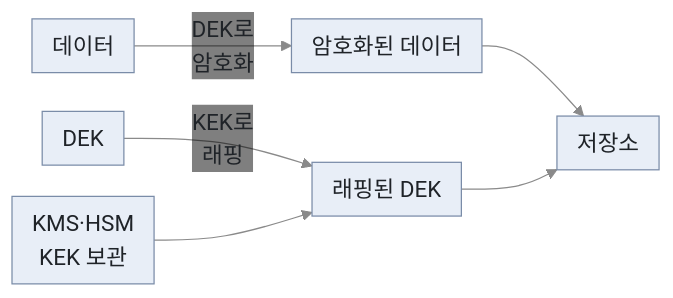
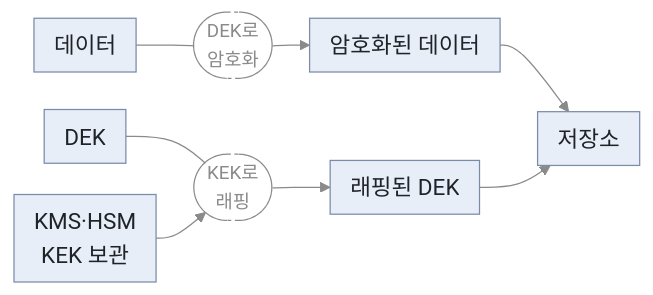
One commit to secututor/security-knowledge-base changed the second of 4 diagrams in security-fundamentals/cryptography/key-management.md. Above: the diagram before and after it, drawn with Mermaid. The commit also changed other lines of this file and 27 other files, not shown here.

Commit message:
docs: Mermaid 설명형 화살표 라벨을 보조 노드로 분리, 짧은 라벨 상자 복원

````diff
--- a/security-fundamentals/cryptography/key-management.md
+++ b/security-fundamentals/cryptography/key-management.md
@@ -80,9 +80,11 @@
 ```mermaid
-%%{init: {"theme": "base", "themeVariables": {"fontSize": "18px", "primaryColor": "#e8eef7", "primaryTextColor": "#1f2328", "primaryBorderColor": "#7a8ca8", "secondaryColor": "#eef1f5", "tertiaryColor": "#f5f7fa", "lineColor": "#8a8a8a", "edgeLabelBackground": "transparent", "textColor": "#8a8a8a", "transitionLabelColor": "#8a8a8a", "clusterBkg": "#f5f7fa", "clusterBorder": "#7a8ca8", "actorBkg": "#e8eef7", "actorBorder": "#7a8ca8", "actorTextColor": "#1f2328", "actorLineColor": "#8a8a8a", "signalColor": "#8a8a8a", "signalTextColor": "#8a8a8a", "noteBkgColor": "#fff8dc", "noteTextColor": "#1f2328", "noteBorderColor": "#c9b458"}, "flowchart": {"nodeSpacing": 25, "rankSpacing": 60, "padding": 8}, "sequence": {"width": 110, "height": 40, "boxMargin": 6, "noteMargin": 6, "actorMargin": 40}}}%%
+%%{init: {"theme": "base", "themeVariables": {"fontSize": "18px", "primaryColor": "#e8eef7", "primaryTextColor": "#1f2328", "primaryBorderColor": "#7a8ca8", "secondaryColor": "#eef1f5", "tertiaryColor": "#f5f7fa", "lineColor": "#8a8a8a", "edgeLabelBackground": "#eef1f5", "clusterBkg": "#f5f7fa", "clusterBorder": "#7a8ca8", "actorBkg": "#e8eef7", "actorBorder": "#7a8ca8", "actorTextColor": "#1f2328", "actorLineColor": "#8a8a8a", "signalColor": "#8a8a8a", "signalTextColor": "#8a8a8a", "noteBkgColor": "#fff8dc", "noteTextColor": "#1f2328", "noteBorderColor": "#c9b458"}, "flowchart": {"nodeSpacing": 25, "rankSpacing": 30, "padding": 8}, "sequence": {"width": 110, "height": 40, "boxMargin": 6, "noteMargin": 6, "actorMargin": 40}}}%%
 flowchart LR
-    D["데이터"] -->|"DEK로<br>암호화"| ED["암호화된 데이터"]
-    DEK["DEK"] -->|"KEK로<br>래핑"| WD["래핑된 DEK"]
-    KMS["KMS·HSM<br>KEK 보관"] --> WD
+    D["데이터"] --- E1(["DEK로<br>암호화"]) --> ED["암호화된 데이터"]
+    DEK["DEK"] --- W1(["KEK로<br>래핑"]) --> WD["래핑된 DEK"]
+    KMS["KMS·HSM<br>KEK 보관"] --> W1
     ED --> ST["저장소"]
     WD --> ST
+    classDef aux fill:transparent,stroke:#8a8a8a,stroke-dasharray:3 3,color:#8a8a8a,font-size:15px
+    class E1,W1 aux
 ```
````
